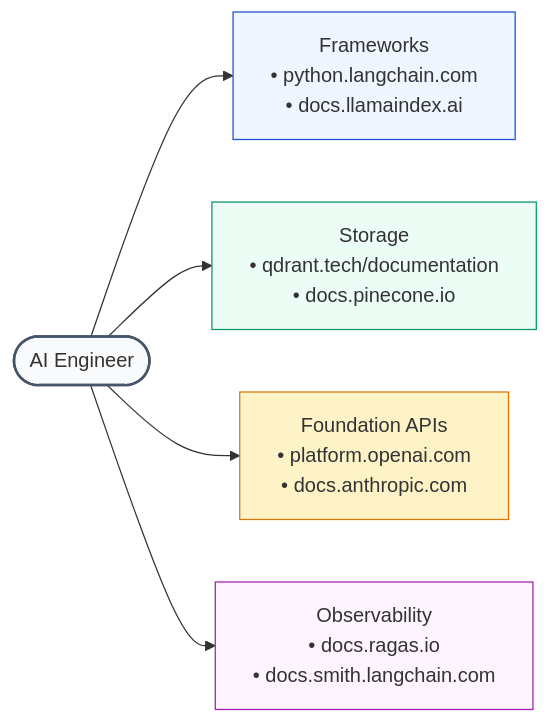
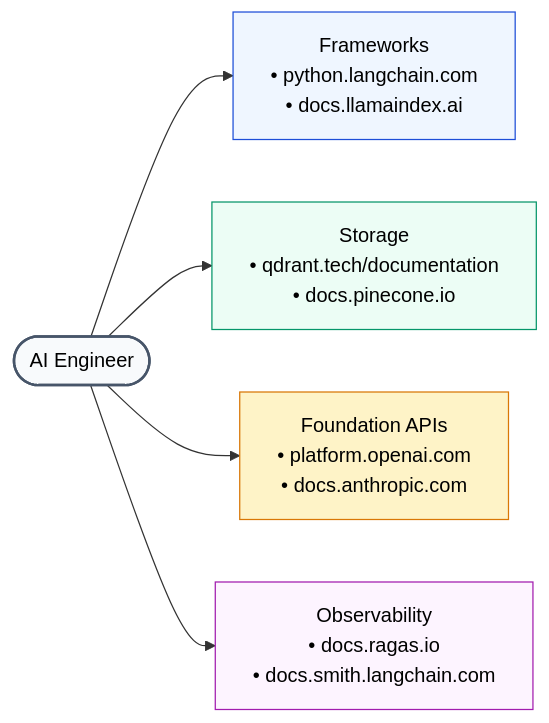
Before and after one commit to swapnil3104/RAG-Engineering: the third of 3 diagrams in 12-Resources/Documentation.md, drawn with Mermaid. The commit also changed other lines of this file and 108 other files, not shown here.

Commit message:
fix: make chart text visible across all Mermaid diagrams and resolve markdown table formatting issues

````diff
--- a/12-Resources/Documentation.md
+++ b/12-Resources/Documentation.md
@@ -378,13 +378,13 @@
 ```mermaid
 flowchart LR
     Dev(["AI Engineer"]) --> Fw["Frameworks<br/>• python.langchain.com<br/>• docs.llamaindex.ai"]
     Dev --> Vdb["Storage<br/>• qdrant.tech/documentation<br/>• docs.pinecone.io"]
     Dev --> Models["Foundation APIs<br/>• platform.openai.com<br/>• docs.anthropic.com"]
     Dev --> Evals["Observability<br/>• docs.ragas.io<br/>• docs.smith.langchain.com"]
 
-    style Dev fill:#f8fafc,stroke:#475569,stroke-width:2px
-    style Fw fill:#eff6ff,stroke:#1d4ed8,stroke-width:1px
-    style Vdb fill:#ecfdf5,stroke:#059669,stroke-width:1px
-    style Models fill:#fef3c7,stroke:#d97706,stroke-width:1px
-    style Evals fill:#fdf4ff,stroke:#a21caf,stroke-width:1px
+    style Dev fill:#f8fafc,stroke:#475569,stroke-width:2px,color:#000000
+    style Fw fill:#eff6ff,stroke:#1d4ed8,stroke-width:1px,color:#000000
+    style Vdb fill:#ecfdf5,stroke:#059669,stroke-width:1px,color:#000000
+    style Models fill:#fef3c7,stroke:#d97706,stroke-width:1px,color:#000000
+    style Evals fill:#fdf4ff,stroke:#a21caf,stroke-width:1px,color:#000000
 ```
````
